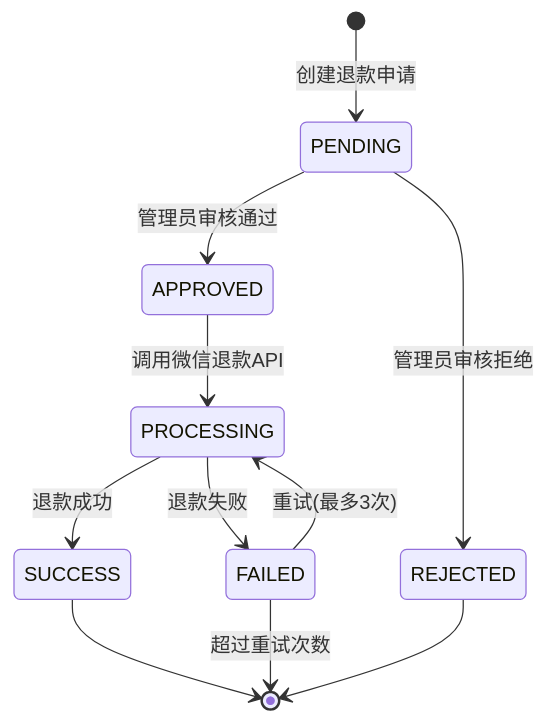
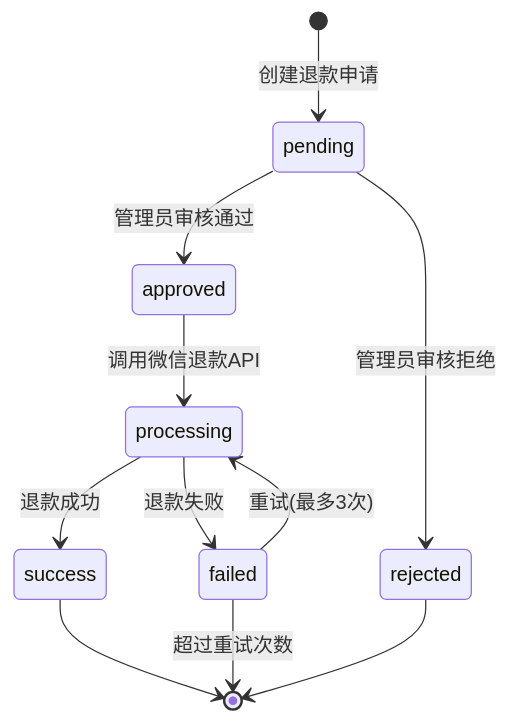
The second of 4 diagrams in docs/v1/design/状态枚举定义.md (yiancode/AutoDepositRefundAgent), drawn with Mermaid before and after one commit. The commit also changed other lines of this file and 11 other files, not shown here.

````diff
--- a/docs/v1/design/状态枚举定义.md
+++ b/docs/v1/design/状态枚举定义.md
@@ -239,13 +239,13 @@
 ```mermaid
 stateDiagram-v2
-    [*] --> PENDING: 创建退款申请
-    PENDING --> APPROVED: 管理员审核通过
-    PENDING --> REJECTED: 管理员审核拒绝
-    APPROVED --> PROCESSING: 调用微信退款API
-    PROCESSING --> SUCCESS: 退款成功
-    PROCESSING --> FAILED: 退款失败
-    FAILED --> PROCESSING: 重试(最多3次)
-    SUCCESS --> [*]
-    REJECTED --> [*]
-    FAILED --> [*]: 超过重试次数
+    [*] --> pending: 创建退款申请
+    pending --> approved: 管理员审核通过
+    pending --> rejected: 管理员审核拒绝
+    approved --> processing: 调用微信退款API
+    processing --> success: 退款成功
+    processing --> failed: 退款失败
+    failed --> processing: 重试(最多3次)
+    success --> [*]
+    rejected --> [*]
+    failed --> [*]: 超过重试次数
 ```
````
